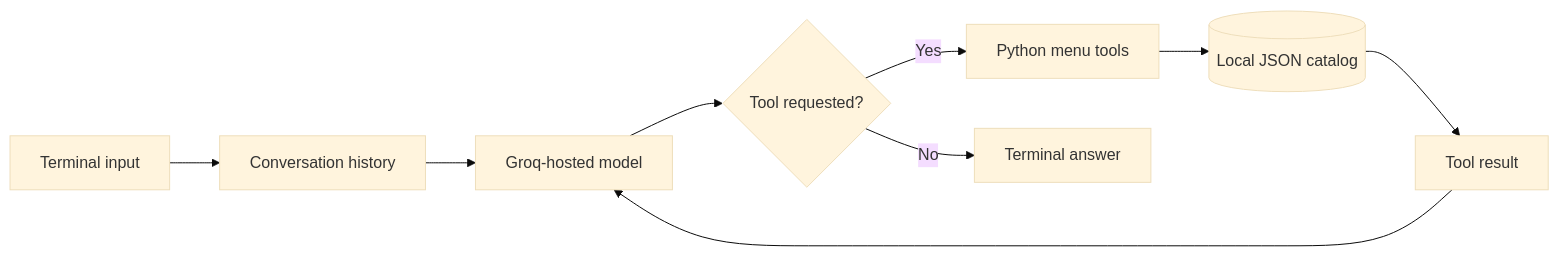
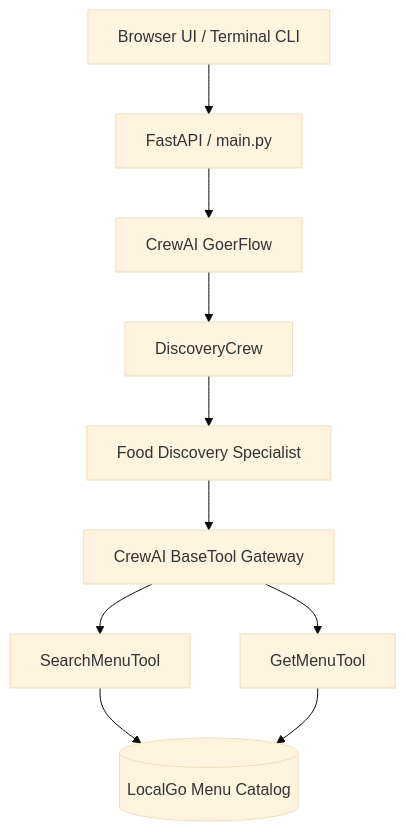
Before and after one commit to samerodeh/LocalGo-Consumer: the diagram in README.md, drawn with Mermaid (base theme). The commit also changed other lines of this file, not shown here.

Commit message:
docs: rewrite README for repository root CrewAI project

````diff
--- a/README.md
+++ b/README.md
@@ -21,11 +9,12 @@
 ```mermaid
-flowchart LR
-    A[Terminal input] --> B[Conversation history]
-    B --> C[Groq-hosted model]
-    C --> D{Tool requested?}
-    D -->|Yes| E[Python menu tools]
-    E --> F[(Local JSON catalog)]
-    F --> G[Tool result]
-    G --> C
-    D -->|No| H[Terminal answer]
+flowchart TD
+    Client[Browser UI / Terminal CLI] --> API[FastAPI / main.py]
+    API --> Flow[CrewAI GoerFlow]
+    Flow --> Crew[DiscoveryCrew]
+    Crew --> Agent[Food Discovery Specialist]
+    Agent --> Tools[CrewAI BaseTool Gateway]
+    Tools --> SearchTool[SearchMenuTool]
+    Tools --> GetMenuTool[GetMenuTool]
+    SearchTool --> Catalog[(LocalGo Menu Catalog)]
+    GetMenuTool --> Catalog
 ```
````
